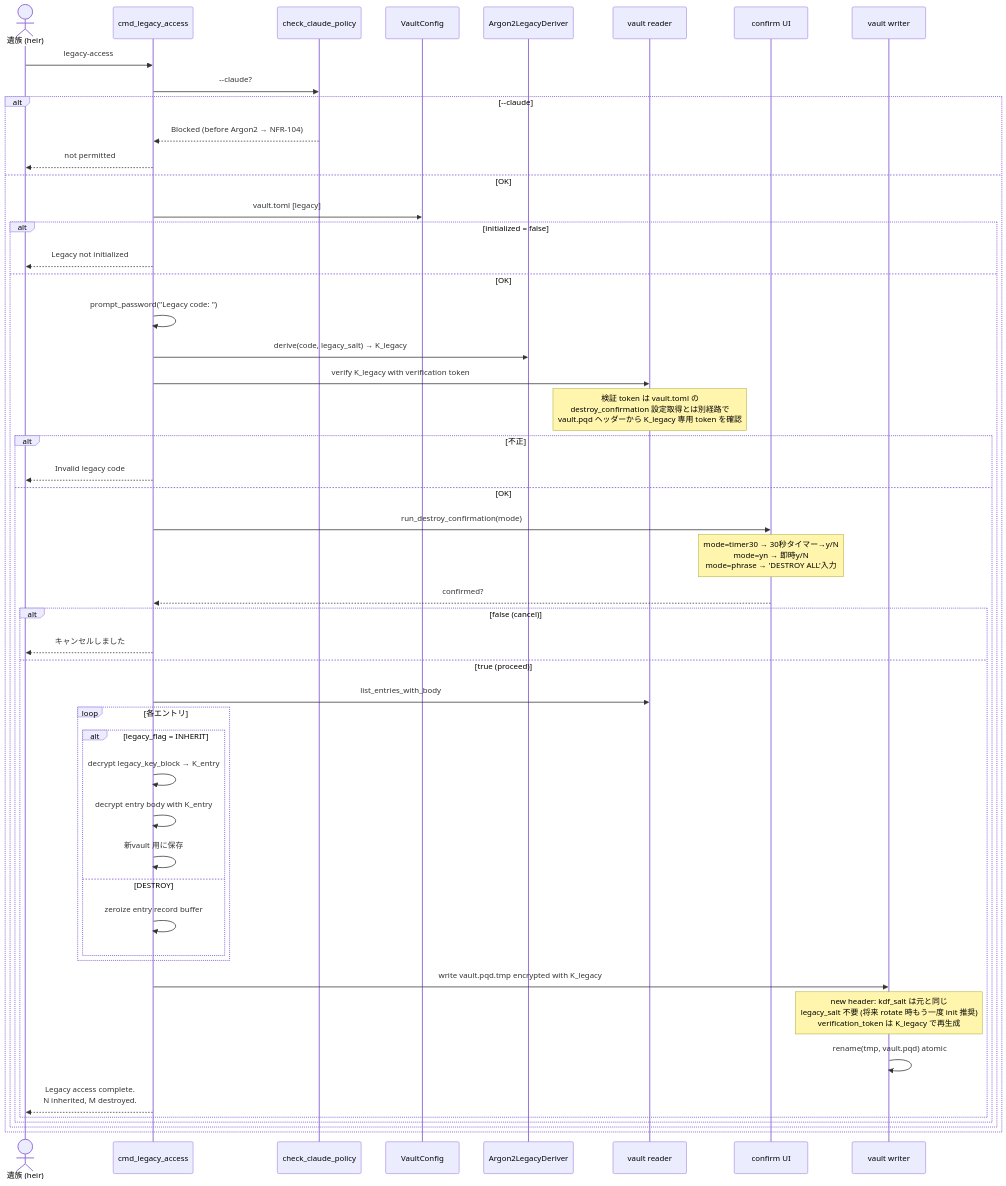
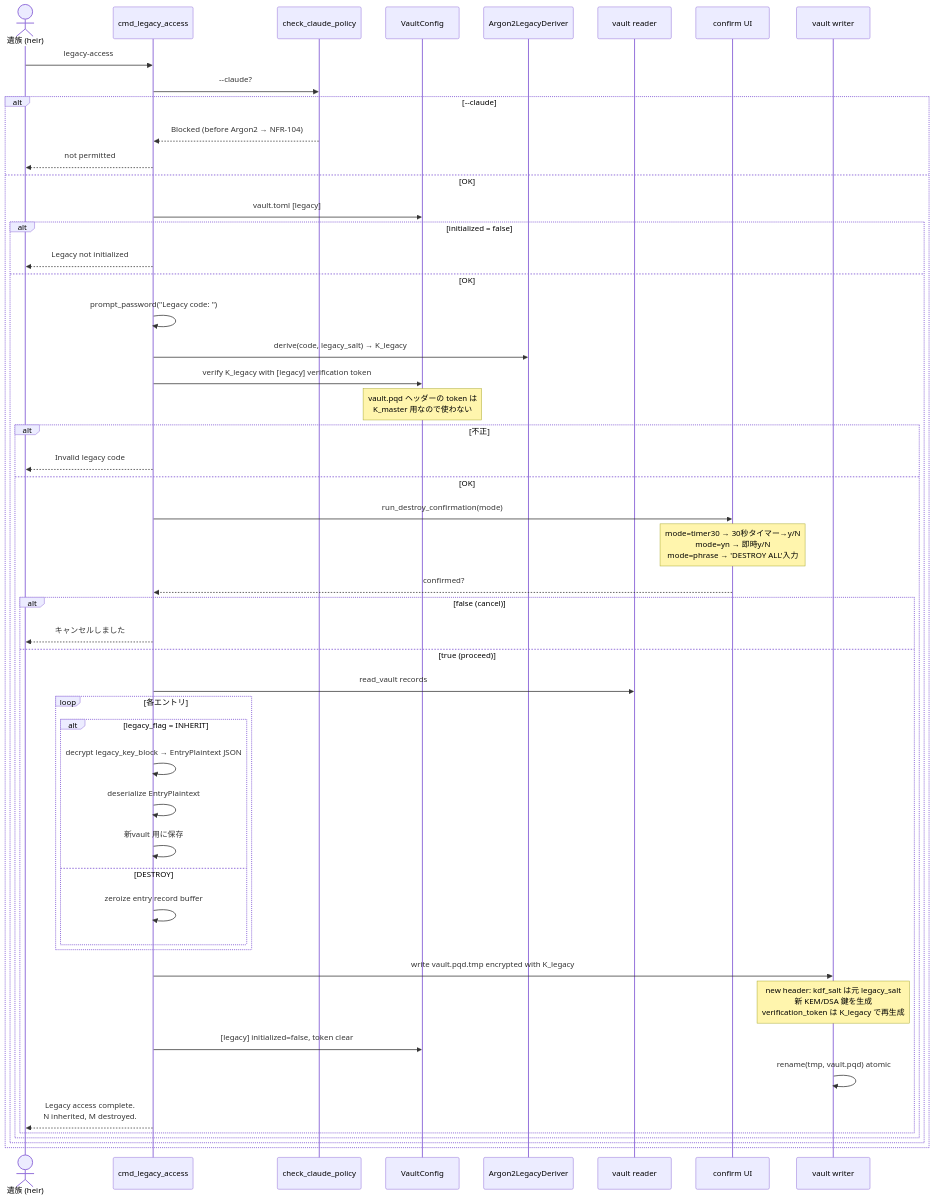
One commit to sudolifeagain/pq-diary changed the fifth of 6 diagrams in docs/design/s12-legacy/dataflow.md. Above: the diagram before and after it, drawn with Mermaid. The commit also changed other lines of this file and 11 other files, not shown here.

Commit message:
docs(s12): align legacy design with current vault format

````diff
--- a/docs/design/s12-legacy/dataflow.md
+++ b/docs/design/s12-legacy/dataflow.md
@@ -136,53 +139,54 @@
 ```mermaid
 sequenceDiagram
     actor H as 遺族 (heir)
     participant CMD as cmd_legacy_access
     participant CC as check_claude_policy
     participant CFG as VaultConfig
     participant DV as Argon2LegacyDeriver
     participant V as vault reader
     participant CONF as confirm UI
     participant W as vault writer
 
     H->>CMD: legacy-access
     CMD->>CC: --claude?
     alt --claude
         CC-->>CMD: Blocked (before Argon2 → NFR-104)
         CMD-->>H: not permitted
     else OK
         CMD->>CFG: vault.toml [legacy]
         alt initialized = false
             CMD-->>H: Legacy not initialized
         else OK
             CMD->>CMD: prompt_password("Legacy code: ")
             CMD->>DV: derive(code, legacy_salt) → K_legacy
-            CMD->>V: verify K_legacy with verification token
-            Note over V: 検証 token は vault.toml の<br/>destroy_confirmation 設定取得とは別経路で<br/>vault.pqd ヘッダーから K_legacy 専用 token を確認
+            CMD->>CFG: verify K_legacy with [legacy] verification token
+            Note over CFG: vault.pqd ヘッダーの token は<br/>K_master 用なので使わない
             alt 不正
                 CMD-->>H: Invalid legacy code
             else OK
                 CMD->>CONF: run_destroy_confirmation(mode)
                 Note over CONF: mode=timer30 → 30秒タイマー→y/N<br/>mode=yn → 即時y/N<br/>mode=phrase → 'DESTROY ALL'入力
                 CONF-->>CMD: confirmed?
                 alt false (cancel)
                     CMD-->>H: キャンセルしました
                 else true (proceed)
-                    CMD->>V: list_entries_with_body
+                    CMD->>V: read_vault records
                     loop 各エントリ
                         alt legacy_flag = INHERIT
-                            CMD->>CMD: decrypt legacy_key_block → K_entry
-                            CMD->>CMD: decrypt entry body with K_entry
+                            CMD->>CMD: decrypt legacy_key_block → EntryPlaintext JSON
+                            CMD->>CMD: deserialize EntryPlaintext
                             CMD->>CMD: 新vault 用に保存
                         else DESTROY
                             CMD->>CMD: zeroize entry record buffer
                         end
                     end
                     CMD->>W: write vault.pqd.tmp encrypted with K_legacy
-                    Note over W: new header: kdf_salt は元と同じ<br/>legacy_salt 不要 (将来 rotate 時もう一度 init 推奨)<br/>verification_token は K_legacy で再生成
+                    Note over W: new header: kdf_salt は元 legacy_salt<br/>新 KEM/DSA 鍵を生成<br/>verification_token は K_legacy で再生成
+                    CMD->>CFG: [legacy] initialized=false, token clear
                     W->>W: rename(tmp, vault.pqd) atomic
                     CMD-->>H: Legacy access complete.<br/>N inherited, M destroyed.
                 end
             end
         end
     end
 ```
````
